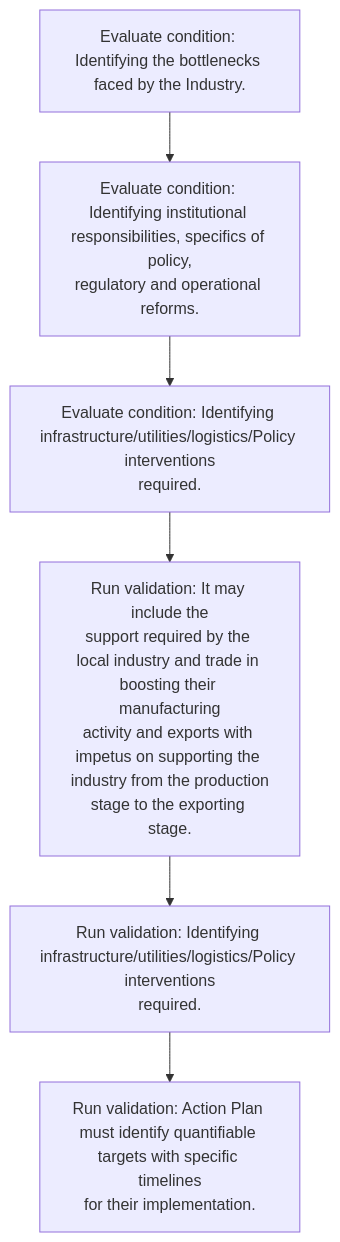
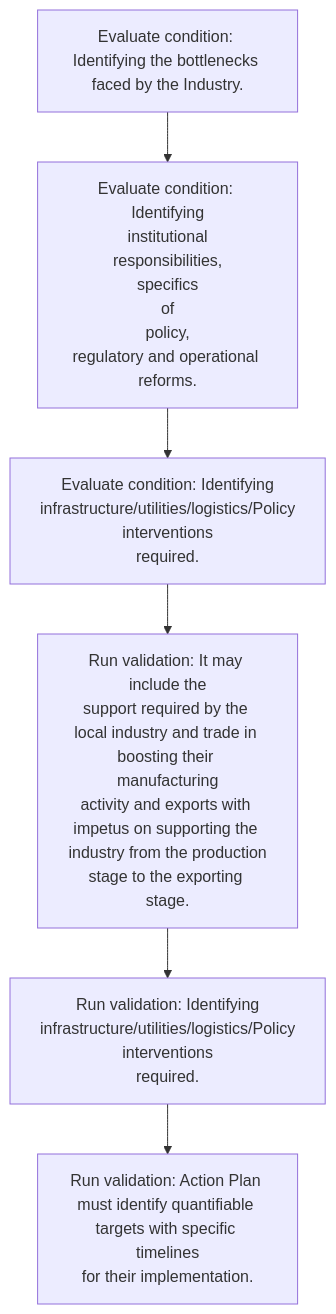
Before and after one commit to mohan-vasanth/dekai: the first of 2 diagrams in output/markdown/3.05_District_Export_Action_Plans_for_Each_District.md, drawn with Mermaid. The commit also changed other lines of this file and 2688 other files, not shown here.

````diff
--- a/output/markdown/3.05_District_Export_Action_Plans_for_Each_District.md
+++ b/output/markdown/3.05_District_Export_Action_Plans_for_Each_District.md
@@ -330,21 +312,30 @@
 ```mermaid
 flowchart TD
     S1["Evaluate condition: Identifying the bottlenecks faced by the Industry."]
-    S2["Evaluate condition: Identifying institutional responsibilities, specifics of policy,
+    S2["Evaluate condition: Identifying
+institutional
+responsibilities,
+specifics
+of
+policy,
 regulatory and operational reforms."]
     S1 --> S2
-    S3["Evaluate condition: Identifying infrastructure/utilities/logistics/Policy interventions
+    S3["Evaluate condition: Identifying
+infrastructure/utilities/logistics/Policy
+interventions
 required."]
     S2 --> S3
     S4["Run validation: It may include the
 support required by the local industry and trade in boosting their manufacturing
 activity and exports with impetus on supporting the industry from the production
 stage to the exporting stage."]
     S3 --> S4
-    S5["Run validation: Identifying infrastructure/utilities/logistics/Policy interventions
+    S5["Run validation: Identifying
+infrastructure/utilities/logistics/Policy
+interventions
 required."]
     S4 --> S5
     S6["Run validation: Action Plan must identify quantifiable targets with specific timelines
 for their implementation."]
     S5 --> S6
 ```
````
